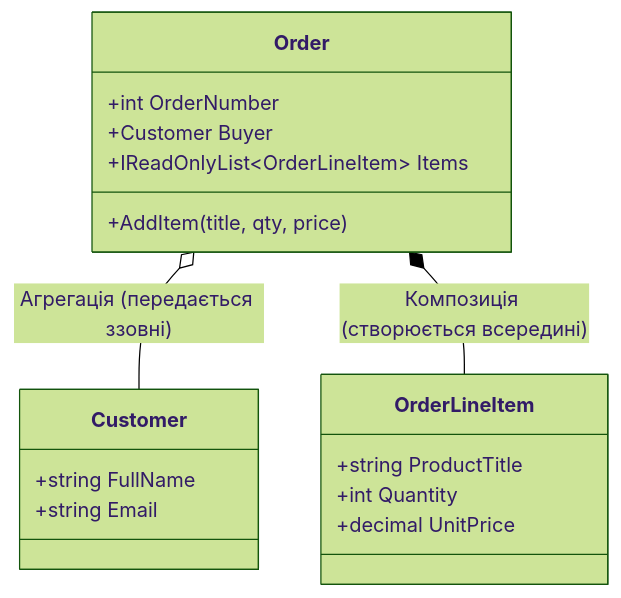
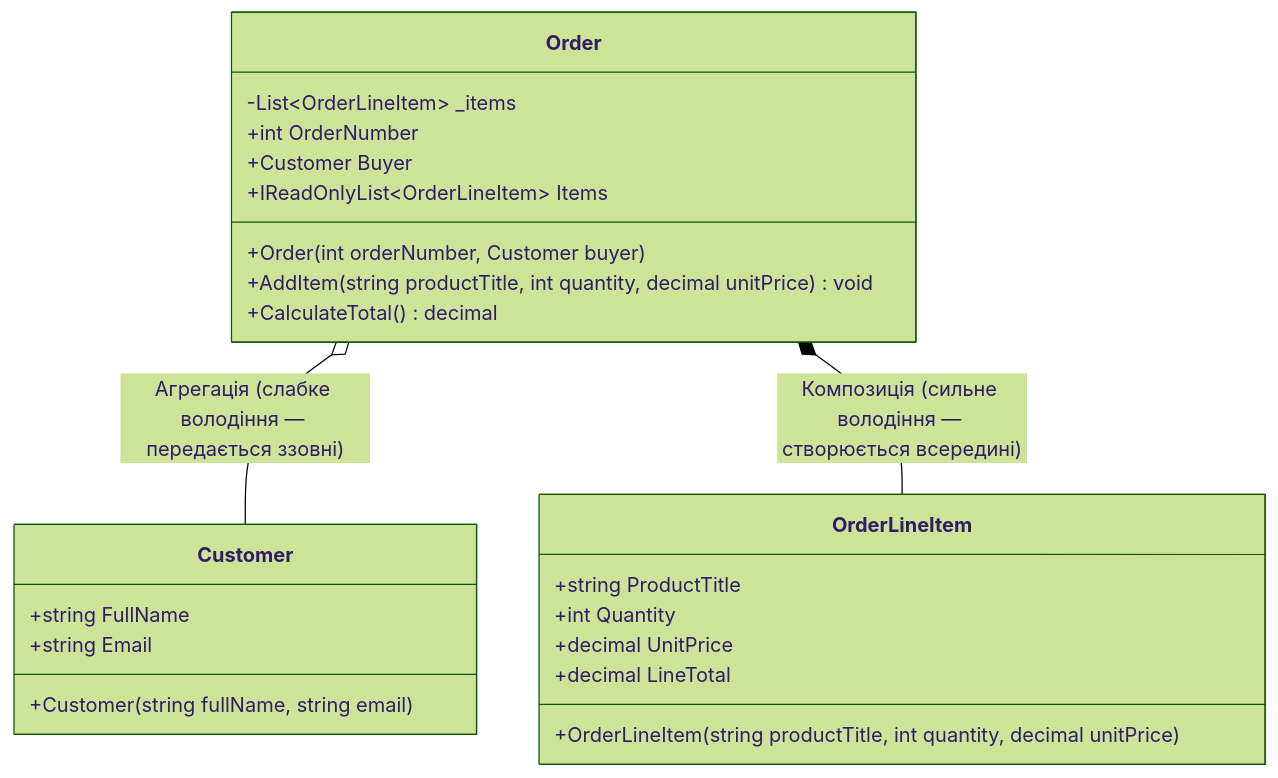
The first of 2 diagrams in 01-Fundamentals/03-Structs-Records-Composition-And-GC/Docs/01_Composition_And_Aggregation.md (MrTomkaYurii/CSharp-OOP-Mastery), drawn with Mermaid (forest theme) before and after one commit. The commit also changed other lines of this file and 73 other files, not shown here.

Commit message:
docs: enrich and expand all lecture guides across chapters 01, 02, 04, 05, 06, 07, 08, 10 with deep theory, Mermaid diagrams and verified links

````diff
--- a/01-Fundamentals/03-Structs-Records-Composition-And-GC/Docs/01_Composition_And_Aggregation.md
+++ b/01-Fundamentals/03-Structs-Records-Composition-And-GC/Docs/01_Composition_And_Aggregation.md
@@ -5,21 +11,27 @@
 ```mermaid
 classDiagram
     class Order {
+        -List~OrderLineItem~ _items
         +int OrderNumber
         +Customer Buyer
         +IReadOnlyList~OrderLineItem~ Items
-        +AddItem(title, qty, price)
+        +Order(int orderNumber, Customer buyer)
+        +AddItem(string productTitle, int quantity, decimal unitPrice) void
+        +CalculateTotal() decimal
     }
     class Customer {
         +string FullName
         +string Email
+        +Customer(string fullName, string email)
     }
     class OrderLineItem {
         +string ProductTitle
         +int Quantity
         +decimal UnitPrice
+        +decimal LineTotal
+        +OrderLineItem(string productTitle, int quantity, decimal unitPrice)
     }
 
-    Order o-- Customer : Агрегація (передається ззовні)
-    Order *-- OrderLineItem : Композиція (створюється всередині)
+    Order o-- Customer : Агрегація (слабке володіння — передається ззовні)
+    Order *-- OrderLineItem : Композиція (сильне володіння — створюється всередині)
 ```
````
